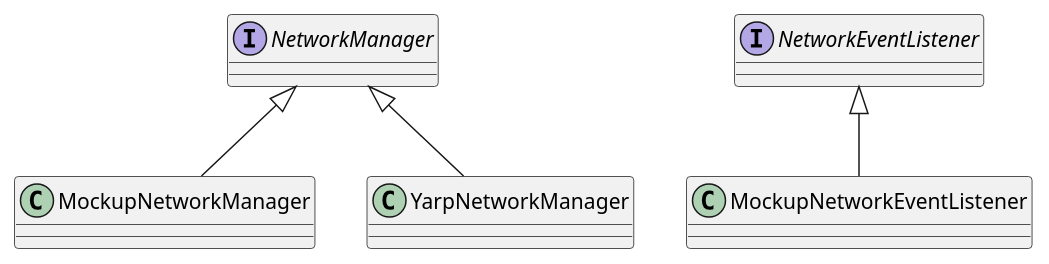
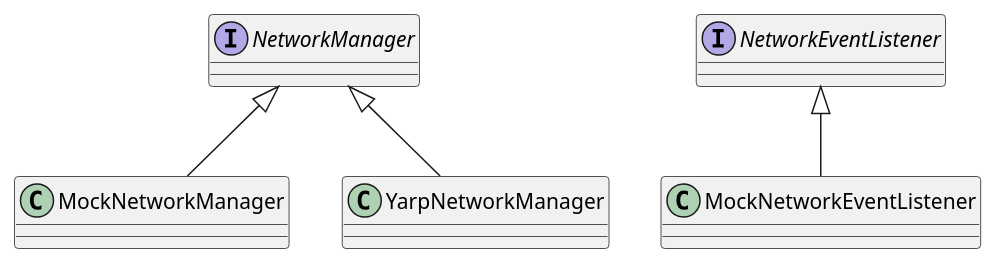
The diagram in en/network-management.md (asrob-uc3m/robotDevastation-developer-manual), drawn with PlantUML before and after one commit. The commit also changed 10 other files, not shown here.

First line of the commit message:
Replace 'Mockup' with 'Mock'

```diff
--- a/en/network-management.md
+++ b/en/network-management.md
@@ -12,15 +12,15 @@
 {% plantuml %}
 interface NetworkManager
 
-Class MockupNetworkManager
+Class MockNetworkManager
 
-NetworkManager <|-- MockupNetworkManager
+NetworkManager <|-- MockNetworkManager
 
 NetworkManager <|-- YarpNetworkManager
 
 interface NetworkEventListener
 
-class MockupNetworkEventListener
+class MockNetworkEventListener
 
-NetworkEventListener <|-- MockupNetworkEventListener
+NetworkEventListener <|-- MockNetworkEventListener
 {% endplantuml %}
```
